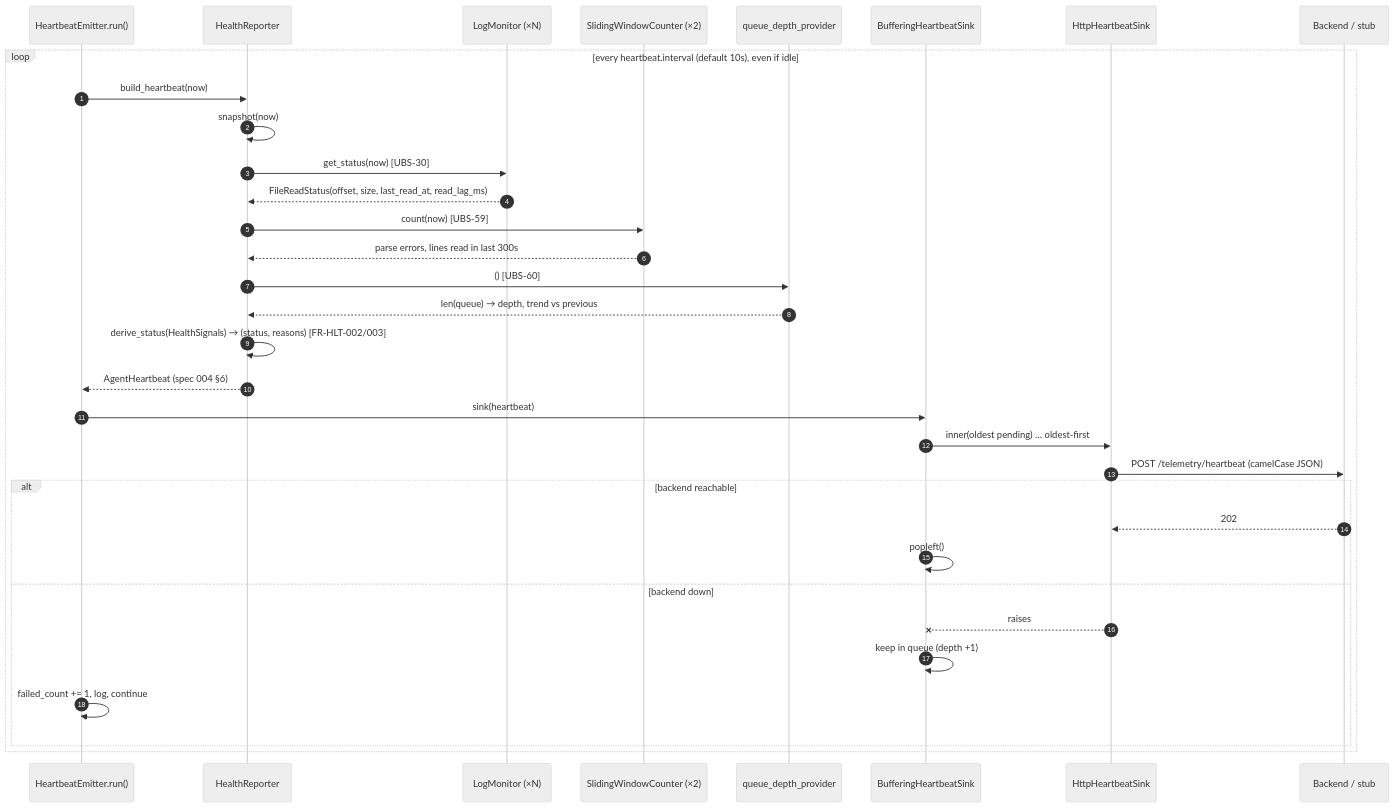
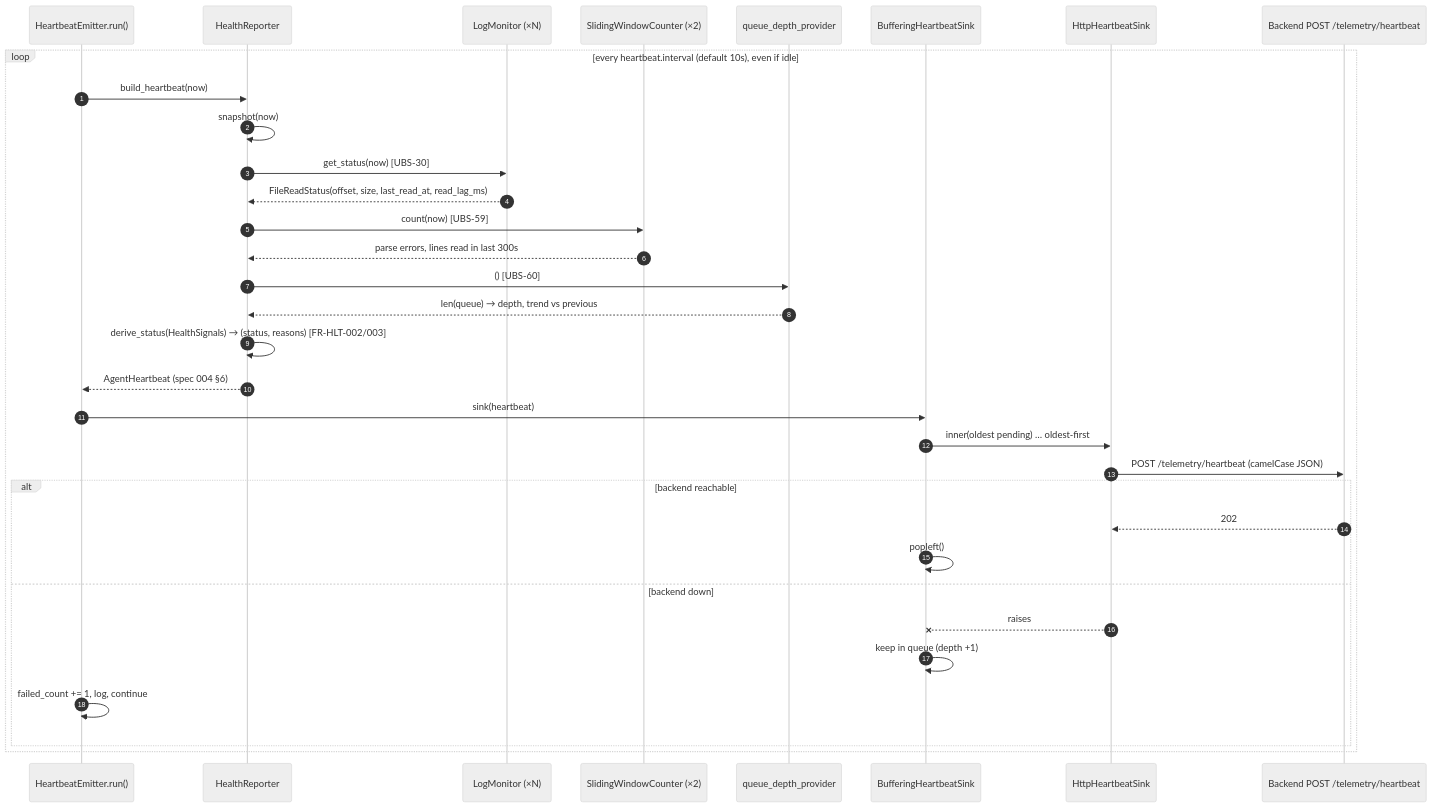
Before and after one commit to garrikyx/avengers-fyp-is484: the second of 2 diagrams in docs/plan/health-reporter-overview.md, drawn with Mermaid (neutral theme). The commit also changed other lines of this file and 25 other files, not shown here.

````diff
--- a/docs/plan/health-reporter-overview.md
+++ b/docs/plan/health-reporter-overview.md
@@ -104,36 +108,36 @@
 ```mermaid
 sequenceDiagram
     autonumber
     participant E as HeartbeatEmitter.run()
     participant R as HealthReporter
     participant M as LogMonitor (×N)
     participant W as SlidingWindowCounter (×2)
     participant Q as queue_depth_provider
     participant S as BufferingHeartbeatSink
     participant H as HttpHeartbeatSink
-    participant B as Backend / stub
+    participant B as Backend POST /telemetry/heartbeat
 
     loop every heartbeat.interval (default 10s), even if idle
         E->>R: build_heartbeat(now)
         R->>R: snapshot(now)
         R->>M: get_status(now)  [UBS-30]
         M-->>R: FileReadStatus(offset, size, last_read_at, read_lag_ms)
         R->>W: count(now)  [UBS-59]
         W-->>R: parse errors, lines read in last 300s
         R->>Q: ()  [UBS-60]
         Q-->>R: len(queue) → depth, trend vs previous
         R->>R: derive_status(HealthSignals) → (status, reasons)  [FR-HLT-002/003]
         R-->>E: AgentHeartbeat (spec 004 §6)
         E->>S: sink(heartbeat)
         S->>H: inner(oldest pending) … oldest-first
         H->>B: POST /telemetry/heartbeat (camelCase JSON)
         alt backend reachable
             B-->>H: 202
             S->>S: popleft()
         else backend down
             H--xS: raises
             S->>S: keep in queue (depth +1)
             E->>E: failed_count += 1, log, continue
         end
     end
 ```
````
